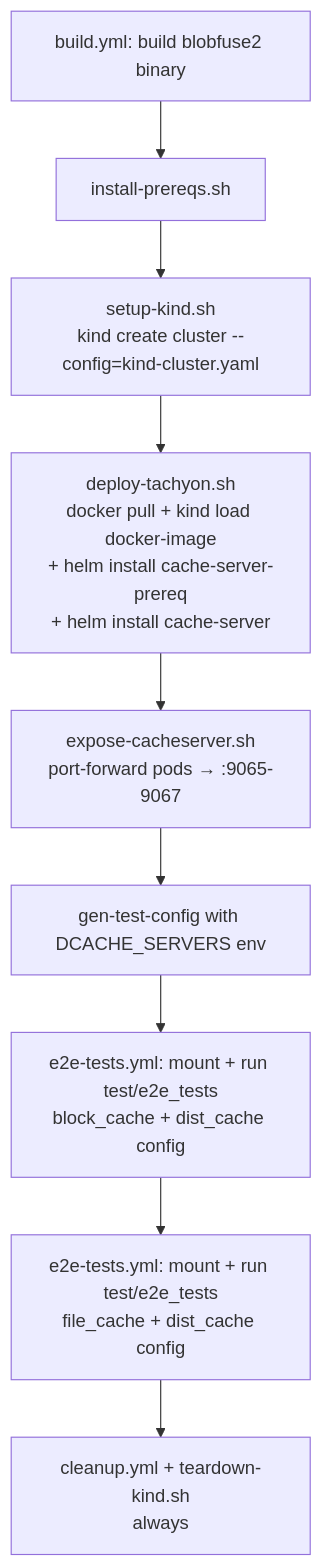
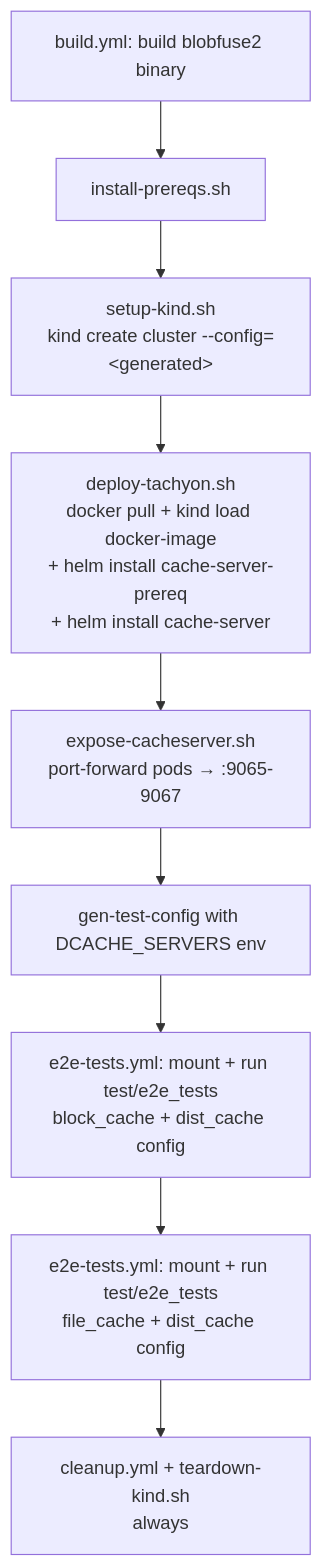
The diagram in test/scripts/dcache/PLAN.md (Azure/azure-storage-fuse), drawn with Mermaid before and after one commit. The commit also changed other lines of this file and 16 other files, not shown here.

````diff
--- a/test/scripts/dcache/PLAN.md
+++ b/test/scripts/dcache/PLAN.md
@@ -101,11 +100,11 @@
 ```mermaid
 flowchart TD
     A[build.yml: build blobfuse2 binary] --> C[install-prereqs.sh]
-    C --> D[setup-kind.sh<br/>kind create cluster --config=kind-cluster.yaml]
+    C --> D[setup-kind.sh<br/>kind create cluster --config=&lt;generated&gt;]
     D --> E[deploy-tachyon.sh<br/>docker pull + kind load docker-image<br/>+ helm install cache-server-prereq<br/>+ helm install cache-server]
     E --> F[expose-cacheserver.sh<br/>port-forward pods → :9065-9067]
     F --> G[gen-test-config with DCACHE_SERVERS env]
     G --> H[e2e-tests.yml: mount + run test/e2e_tests<br/>block_cache + dist_cache config]
     H --> I[e2e-tests.yml: mount + run test/e2e_tests<br/>file_cache + dist_cache config]
     I --> J[cleanup.yml + teardown-kind.sh<br/>always]
 ```
````
